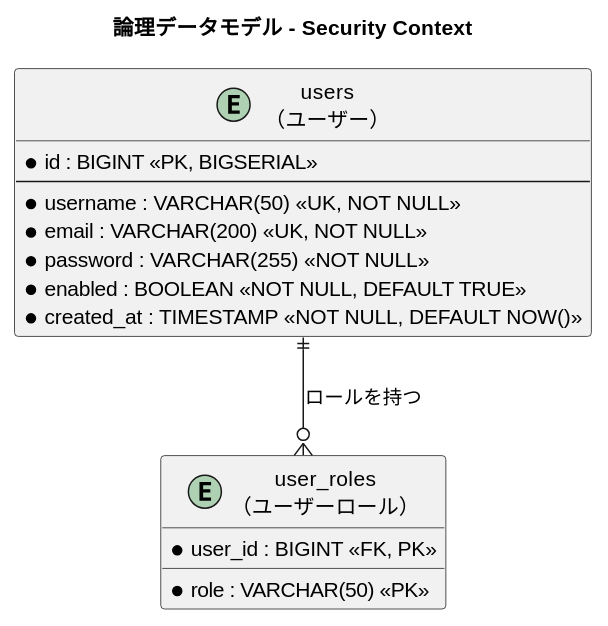
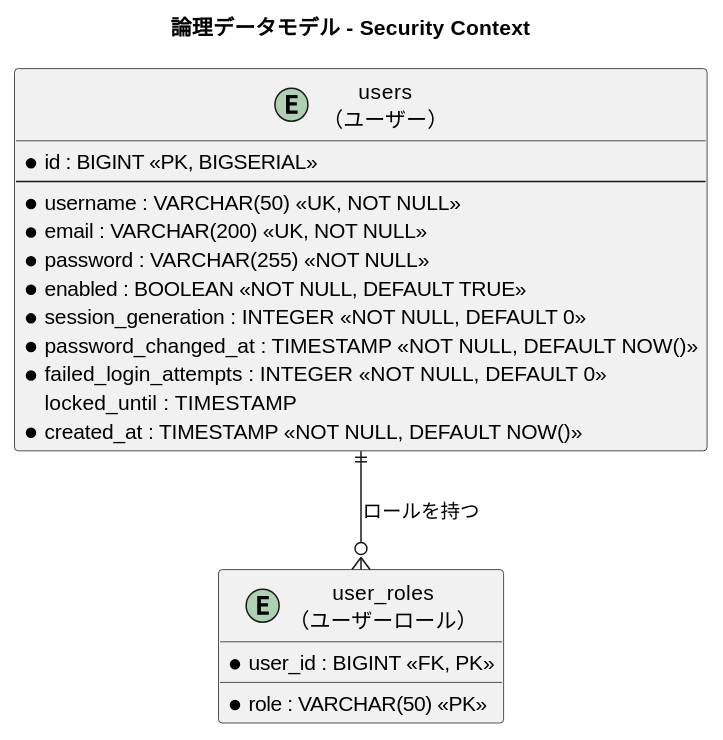
The ninth of 9 diagrams in docs/design/data-model.md (k2works/case-study-cargo-tracker), drawn with PlantUML before and after one commit. The commit also changed other lines of this file and 1 other file, not shown here.

````diff
--- a/docs/design/data-model.md
+++ b/docs/design/data-model.md
@@ -608,23 +608,27 @@
 ```plantuml
 @startuml
 title 論理データモデル - Security Context
 
 entity "users\n（ユーザー）" as users {
   * id : BIGINT <<PK, BIGSERIAL>>
   --
   * username : VARCHAR(50) <<UK, NOT NULL>>
   * email : VARCHAR(200) <<UK, NOT NULL>>
   * password : VARCHAR(255) <<NOT NULL>>
   * enabled : BOOLEAN <<NOT NULL, DEFAULT TRUE>>
+  * session_generation : INTEGER <<NOT NULL, DEFAULT 0>>
+  * password_changed_at : TIMESTAMP <<NOT NULL, DEFAULT NOW()>>
+  * failed_login_attempts : INTEGER <<NOT NULL, DEFAULT 0>>
+  locked_until : TIMESTAMP
   * created_at : TIMESTAMP <<NOT NULL, DEFAULT NOW()>>
 }
 
 entity "user_roles\n（ユーザーロール）" as user_roles {
   * user_id : BIGINT <<FK, PK>>
   * role : VARCHAR(50) <<PK>>
 }
 
 users ||--o{ user_roles : "ロールを持つ"
 
 @enduml
 ```
````
